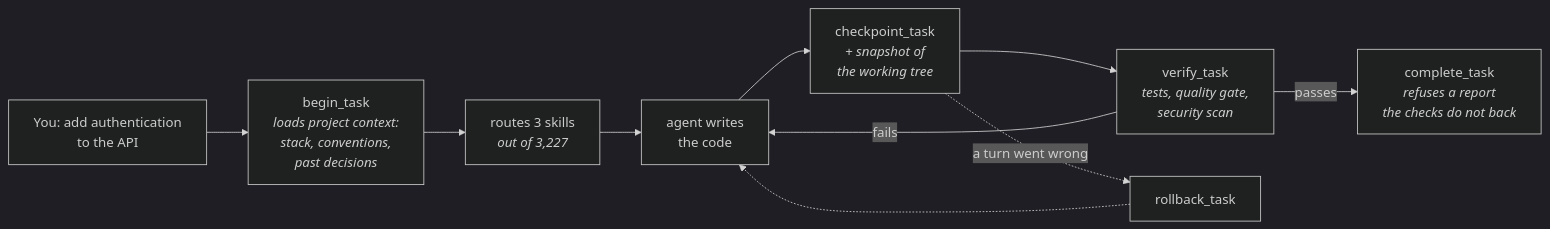
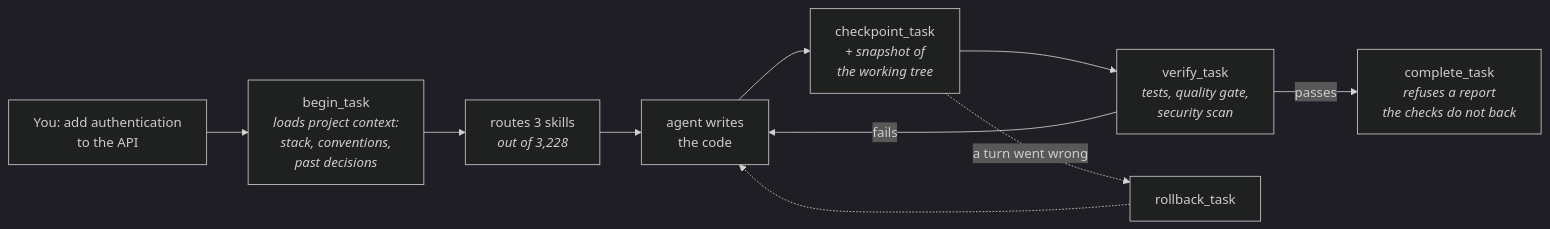
Before and after one commit to BreezeAreaSay/ai-dev-system: the first of 2 diagrams in README.md, drawn with Mermaid (dark theme). The commit also changed other lines of this file and 12 other files, not shown here.

````diff
--- a/README.md
+++ b/README.md
@@ -36,12 +36,12 @@
 ```mermaid
 flowchart LR
     A["You: add authentication<br/>to the API"] --> B["begin_task<br/><i>loads project context:<br/>stack, conventions,<br/>past decisions</i>"]
-    B --> C["routes 3 skills<br/><i>out of 3,227</i>"]
+    B --> C["routes 3 skills<br/><i>out of 3,228</i>"]
     C --> D["agent writes<br/>the code"]
     D --> E["checkpoint_task<br/><i>+ snapshot of<br/>the working tree</i>"]
     E --> F["verify_task<br/><i>tests, quality gate,<br/>security scan</i>"]
     F -->|fails| D
     F -->|passes| G["complete_task<br/><i>refuses a report<br/>the checks do not back</i>"]
     E -.->|a turn went wrong| H["rollback_task"]
     H -.-> D
 ```
````
